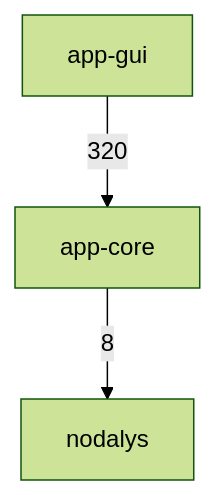
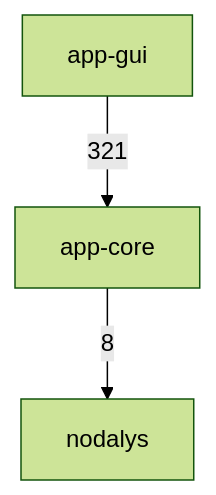
One commit to ronnymilleo/imcsim changed the first of 3 diagrams in docs/architecture.md. Above: the diagram before and after it, drawn with Mermaid (forest theme). The commit also changed other lines of this file and 1 other file, not shown here.

Commit message:
Update architecture and Nodalys class diagrams

````diff
--- a/docs/architecture.md
+++ b/docs/architecture.md
@@ -22,8 +22,8 @@
 ```mermaid
 flowchart TD
     app_gui[app-gui]
     app_core[app-core]
     nodalys[nodalys]
     app_core -->|8| nodalys
-    app_gui -->|320| app_core
+    app_gui -->|321| app_core
 ```
````
